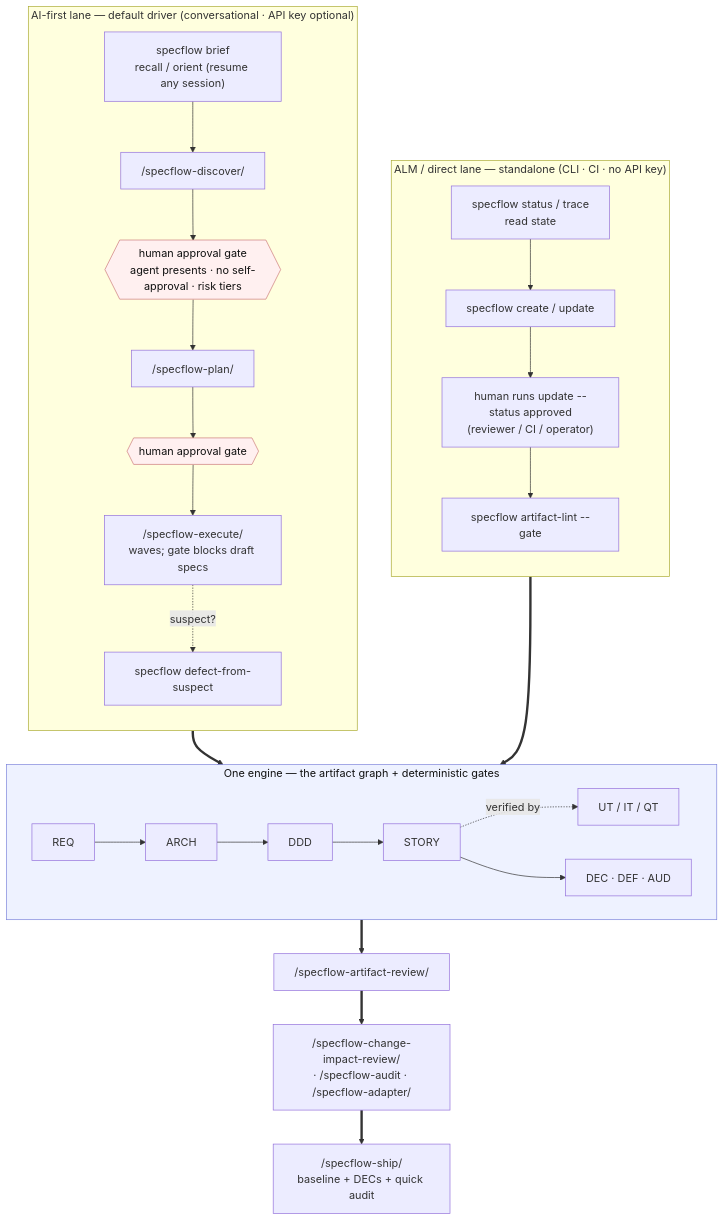
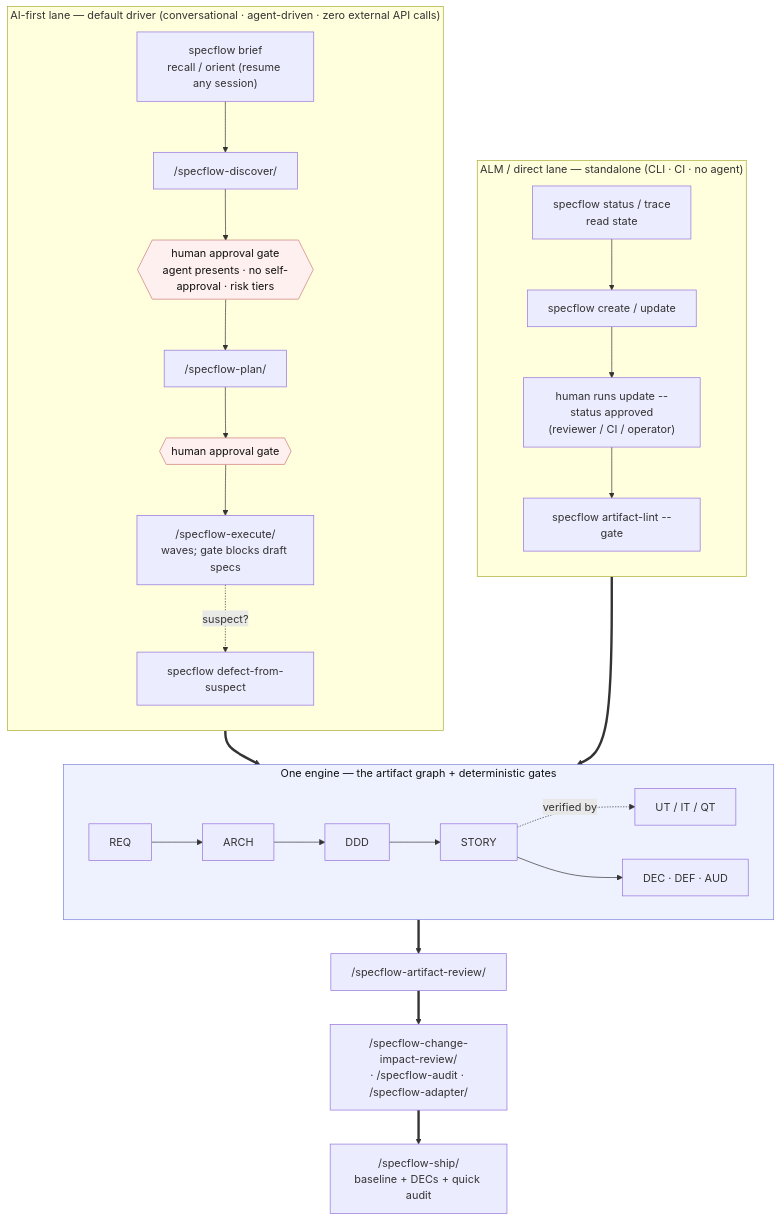
Before and after one commit to Longhuiberkeley/specflow: the diagram in docs/lifecycle.md, drawn with Mermaid. The commit also changed other lines of this file and 79 other files, not shown here.

````diff
--- a/docs/lifecycle.md
+++ b/docs/lifecycle.md
@@ -16,38 +16,38 @@
 ```mermaid
 flowchart TB
     classDef engine fill:#eef2ff,stroke:#7c83db,color:#111;
     classDef gate fill:#fff0f0,stroke:#cc7a7a,color:#111;
 
-    subgraph AI["AI-first lane — default driver (conversational · API key optional)"]
+    subgraph AI["AI-first lane — default driver (conversational · agent-driven · zero external API calls)"]
         direction TB
         BR["specflow brief<br/>recall / orient (resume any session)"] --> AID["/specflow-discover/"]
         AID --> AG1{{"human approval gate<br/>agent presents · no self-approval · risk tiers"}}
         AG1 --> AIP["/specflow-plan/"]
         AIP --> AG2{{"human approval gate"}}
         AG2 --> AIE["/specflow-execute/<br/>waves; gate blocks draft specs"]
         AIE -. "suspect?" .-> DFS["specflow defect-from-suspect"]
     end
 
-    subgraph ALM["ALM / direct lane — standalone (CLI · CI · no API key)"]
+    subgraph ALM["ALM / direct lane — standalone (CLI · CI · no agent)"]
         direction TB
         ALS["specflow status / trace<br/>read state"] --> ALC["specflow create / update"]
         ALC --> ALG["human runs update --status approved<br/>(reviewer / CI / operator)"]
         ALG --> ALL["specflow artifact-lint --gate"]
     end
 
     subgraph ENG["One engine — the artifact graph + deterministic gates"]
         direction LR
         REQ --> ARCH --> DDD --> STORY
         STORY -. "verified by" .-> TST["UT / IT / QT"]
         STORY --> WRK["DEC · DEF · AUD"]
     end
 
     AI ==> ENG
     ALM ==> ENG
     ENG ==> REV["/specflow-artifact-review/"]
     REV ==> NEXT["/specflow-change-impact-review/<br/>· /specflow-audit · /specflow-adapter/"]
     NEXT ==> SHIP["/specflow-ship/<br/>baseline + DECs + quick audit"]
 
     class ENG engine
     class AG1,AG2 gate
 ```
````
